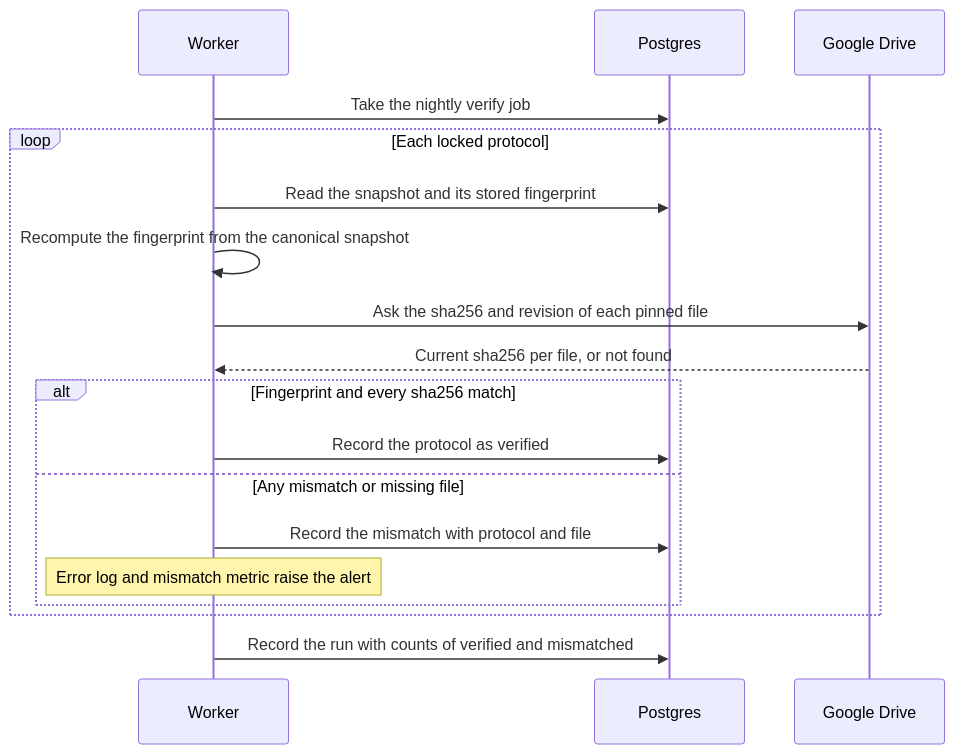
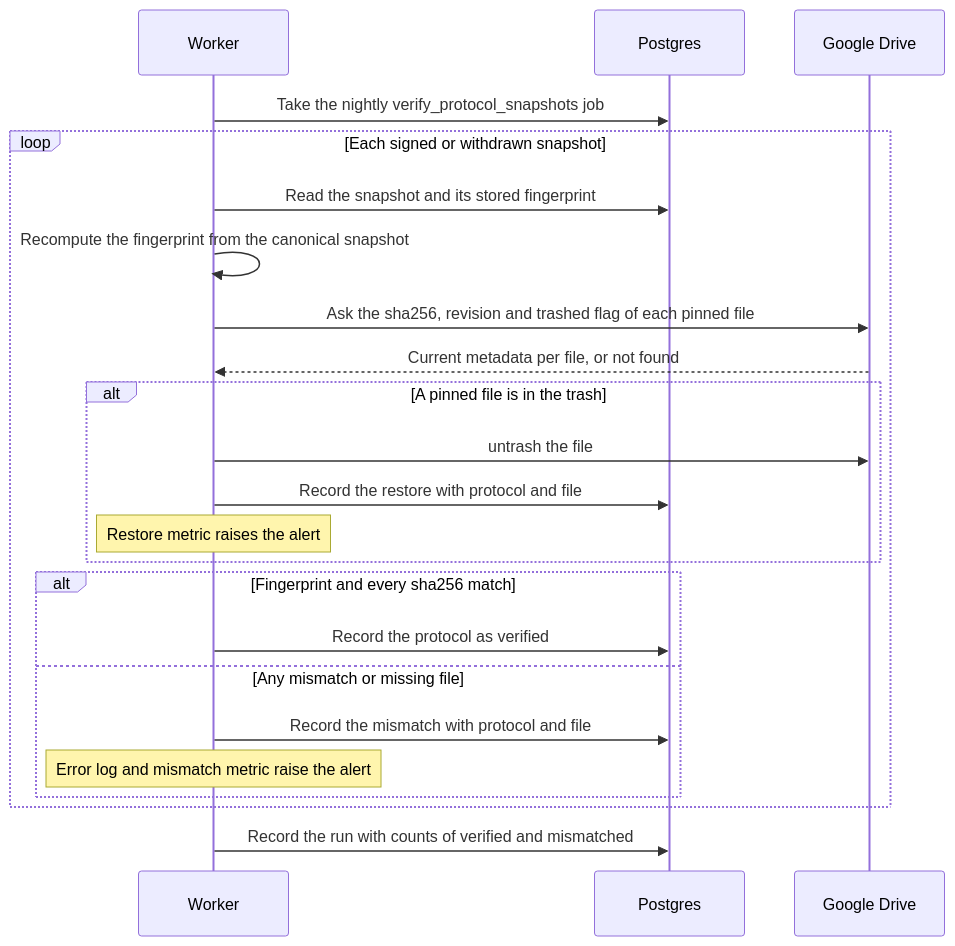
One commit to AndriiOpryshko/spilno changed diagram 12 of 13 in docs/features/board-protocol/sad.md. Above: the diagram before and after it, drawn with Mermaid. The commit also changed other lines of this file and 6 other files, not shown here.

Commit message:
board-protocol: course SAD — cross-check fixes (withdrawn snapshots, Drive read-only, typed facts highlighted, register start lock)

````diff
--- a/docs/features/board-protocol/sad.md
+++ b/docs/features/board-protocol/sad.md
@@ -506,21 +515,26 @@
 ```mermaid
 sequenceDiagram
     participant W as Worker
     participant DB as Postgres
     participant Drive as Google Drive
 
-    W->>DB: Take the nightly verify job
-    loop Each locked protocol
+    W->>DB: Take the nightly verify_protocol_snapshots job
+    loop Each signed or withdrawn snapshot
         W->>DB: Read the snapshot and its stored fingerprint
         W->>W: Recompute the fingerprint from the canonical snapshot
-        W->>Drive: Ask the sha256 and revision of each pinned file
-        Drive-->>W: Current sha256 per file, or not found
+        W->>Drive: Ask the sha256, revision and trashed flag of each pinned file
+        Drive-->>W: Current metadata per file, or not found
+        alt A pinned file is in the trash
+            W->>Drive: untrash the file
+            W->>DB: Record the restore with protocol and file
+            Note over W: Restore metric raises the alert
+        end
         alt Fingerprint and every sha256 match
             W->>DB: Record the protocol as verified
         else Any mismatch or missing file
             W->>DB: Record the mismatch with protocol and file
             Note over W: Error log and mismatch metric raise the alert
         end
     end
     W->>DB: Record the run with counts of verified and mismatched
 ```
````
